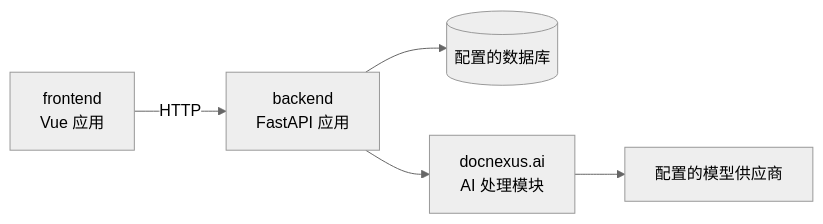
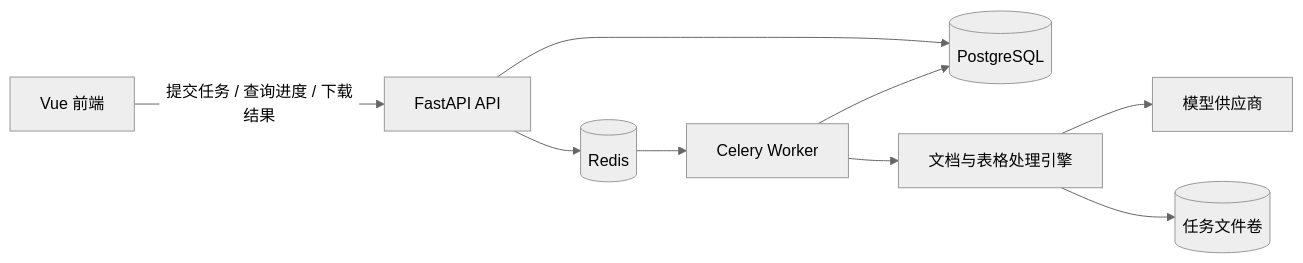
Before and after one commit to Taylor-Lai/QuintAI: the diagram in docs/architecture/overview.md, drawn with Mermaid (neutral theme). The commit also changed other lines of this file and 52 other files, not shown here.

Commit message:
refactor: rebuild asynchronous processing architecture

````diff
--- a/docs/architecture/overview.md
+++ b/docs/architecture/overview.md
@@ -5,7 +3,11 @@
 ```mermaid
 flowchart LR
-    Web["frontend<br/>Vue 应用"] -->|HTTP| API["backend<br/>FastAPI 应用"]
-    API --> DB[("配置的数据库")]
-    API --> AI["docnexus.ai<br/>AI 处理模块"]
-    AI --> LLM["配置的模型供应商"]
+    Web["Vue 前端"] -->|"提交任务 / 查询进度 / 下载结果"| API["FastAPI API"]
+    API --> PG[("PostgreSQL")]
+    API --> Redis[("Redis")]
+    Redis --> Worker["Celery Worker"]
+    Worker --> AI["文档与表格处理引擎"]
+    Worker --> PG
+    AI --> LLM["模型供应商"]
+    AI --> Files[("任务文件卷")]
 ```
````
